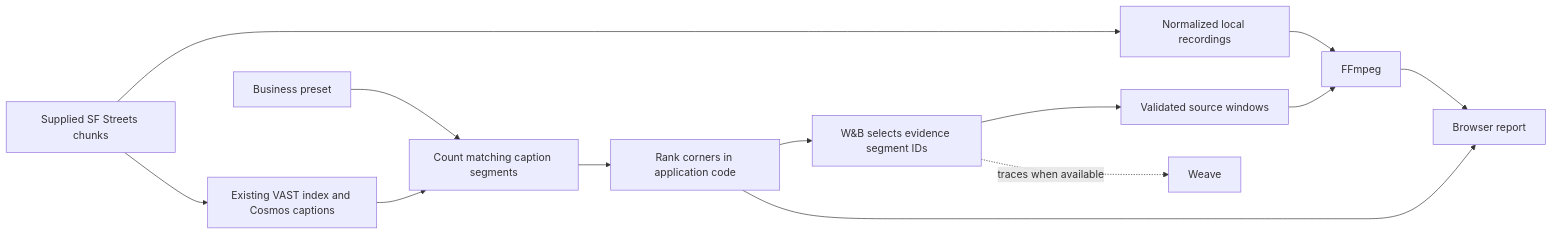
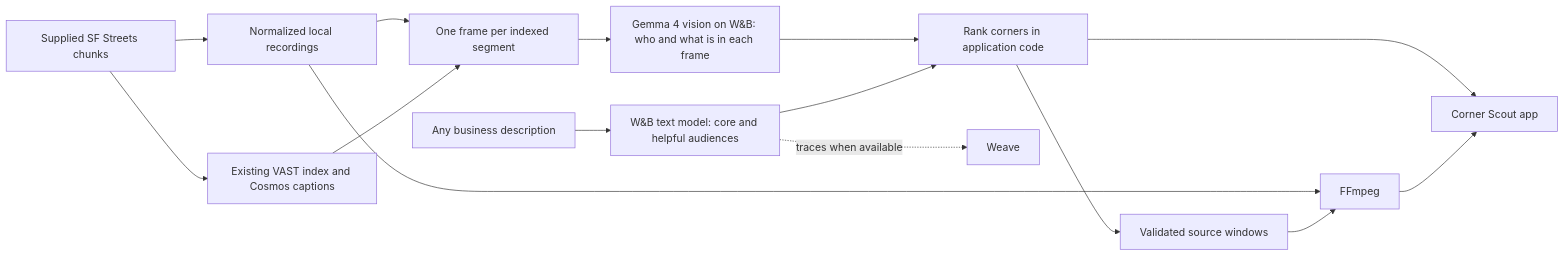
Before and after one commit to Kakoedlinnoeslovo/highlight-agent-hack: the diagram in README.md, drawn with Mermaid. The commit also changed other lines of this file and 4 other files, not shown here.

First line of the commit message:
docs: lead with Corner Scout for any business type

````diff
--- a/README.md
+++ b/README.md
@@ -212,15 +244,17 @@
 ```mermaid
 flowchart LR
     Dataset[Supplied SF Streets chunks] --> Source[Normalized local recordings]
     Dataset --> Index[Existing VAST index and Cosmos captions]
-    Business[Business preset] --> Count[Count matching caption segments]
-    Index --> Count
-    Count --> Ranking[Rank corners in application code]
-    Ranking --> Pick[W&B selects evidence segment IDs]
-    Pick --> Plan[Validated source windows]
-    Source --> Render
-    Plan --> Render[FFmpeg]
-    Ranking --> Report[Browser report]
-    Render --> Report
-    Pick -. traces when available .-> Weave[Weave]
+    Source --> Frames[One frame per indexed segment]
+    Index --> Frames
+    Frames --> Vision[Gemma 4 vision on W&B: who and what is in each frame]
+    Business[Any business description] --> Audience[W&B text model: core and helpful audiences]
+    Vision --> Ranking[Rank corners in application code]
+    Audience --> Ranking
+    Ranking --> Plan[Validated source windows]
+    Source --> Render[FFmpeg]
+    Plan --> Render
+    Ranking --> App[Corner Scout app]
+    Render --> App
+    Audience -. traces when available .-> Weave[Weave]
 ```
````
